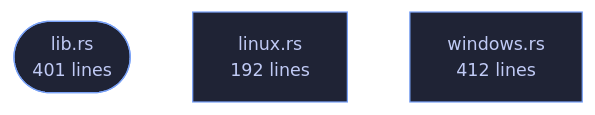
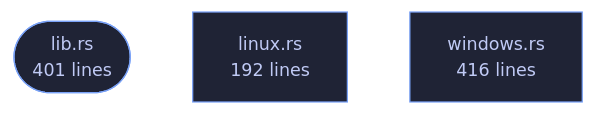
Before and after one commit to tilas01/veilvoice: the diagram in wiki/Crate-veilvoice-watch.md, drawn with Mermaid. The commit also changed other lines of this file and 21 other files, not shown here.

````diff
--- a/wiki/Crate-veilvoice-watch.md
+++ b/wiki/Crate-veilvoice-watch.md
@@ -49,7 +49,7 @@
 ```mermaid
 %%{init: {"theme":"base","themeVariables":{"background":"#1a1b26","primaryColor":"#1f2335","primaryTextColor":"#c0caf5","primaryBorderColor":"#7aa2f7","secondaryColor":"#16161e","tertiaryColor":"#16161e","lineColor":"#737aa2","textColor":"#c0caf5","mainBkg":"#1f2335","nodeBorder":"#7aa2f7","clusterBkg":"#16161e","clusterBorder":"#2f3549","fontFamily":"ui-monospace, SFMono-Regular, Consolas, monospace","fontSize":"14px"}}}%%
 flowchart TD
     n_lib(["lib.rs<br/>401 lines"])
     n_linux["linux.rs<br/>192 lines"]
-    n_windows["windows.rs<br/>412 lines"]
+    n_windows["windows.rs<br/>416 lines"]
 ```
````
